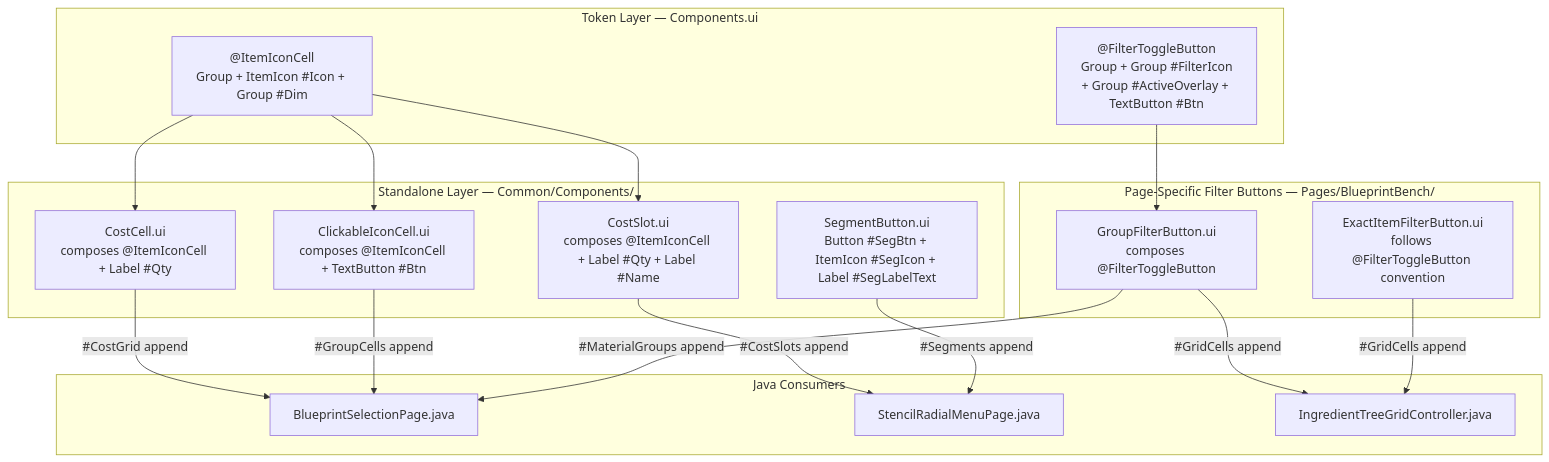
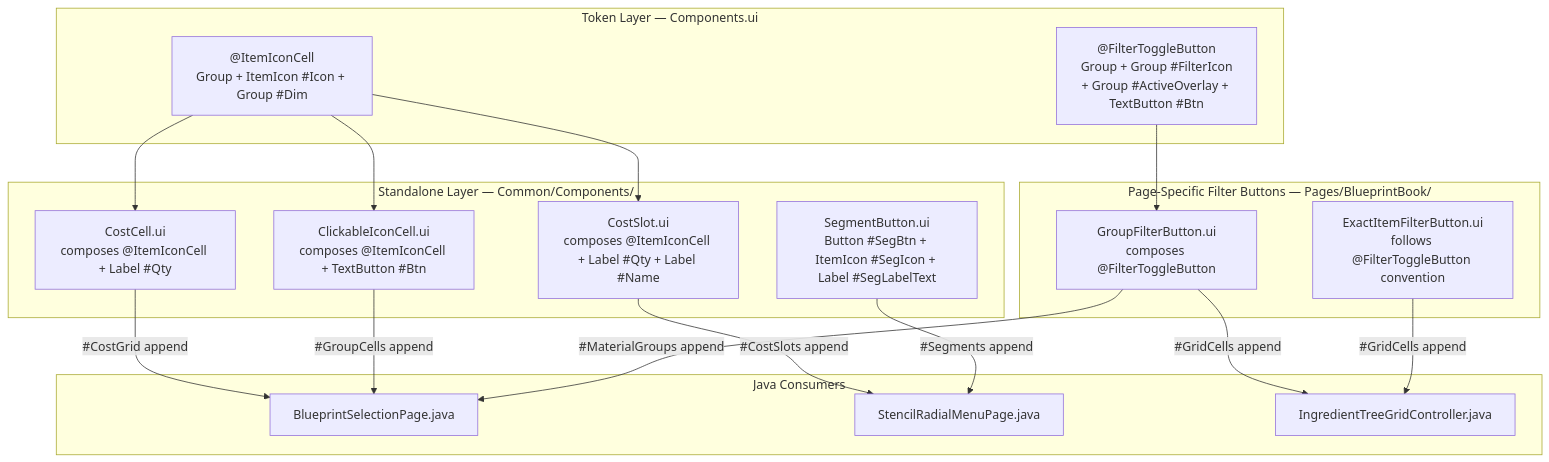
Before and after one commit to TheCodeCreature/Hytale-Example-Plugin: the second of 3 diagrams in docs/design-shared-ui-components.md, drawn with Mermaid. The commit also changed other lines of this file and 120 other files, not shown here.

First line of the commit message:
Refactor Blueprint Bench to Blueprint Book

````diff
--- a/docs/design-shared-ui-components.md
+++ b/docs/design-shared-ui-components.md
@@ -93,38 +93,38 @@
 ```mermaid
 graph TB
     subgraph "Token Layer — Components.ui"
         IIC["@ItemIconCell<br/>Group + ItemIcon #Icon + Group #Dim"]
         FTB["@FilterToggleButton<br/>Group + Group #FilterIcon<br/>+ Group #ActiveOverlay + TextButton #Btn"]
     end
 
     subgraph "Standalone Layer — Common/Components/"
         CC["CostCell.ui<br/>composes @ItemIconCell + Label #Qty"]
         CIC["ClickableIconCell.ui<br/>composes @ItemIconCell + TextButton #Btn"]
         CS["CostSlot.ui<br/>composes @ItemIconCell + Label #Qty + Label #Name"]
         SB["SegmentButton.ui<br/>Button #SegBtn + ItemIcon #SegIcon + Label #SegLabelText"]
     end
 
-    subgraph "Page-Specific Filter Buttons — Pages/BlueprintBench/"
+    subgraph "Page-Specific Filter Buttons — Pages/BlueprintBook/"
         GFB["GroupFilterButton.ui<br/>composes @FilterToggleButton"]
         EIFB["ExactItemFilterButton.ui<br/>follows @FilterToggleButton convention"]
     end
 
     subgraph "Java Consumers"
         BSP["BlueprintSelectionPage.java"]
         SRM["StencilRadialMenuPage.java"]
         ITG["IngredientTreeGridController.java"]
     end
 
     IIC --> CC
     IIC --> CIC
     IIC --> CS
     FTB --> GFB
 
     CC -- "#CostGrid append" --> BSP
     CIC -- "#GroupCells append" --> BSP
     GFB -- "#MaterialGroups append" --> BSP
     CS -- "#CostSlots append" --> SRM
     SB -- "#Segments append" --> SRM
     GFB -- "#GridCells append" --> ITG
     EIFB -- "#GridCells append" --> ITG
 ```
````
